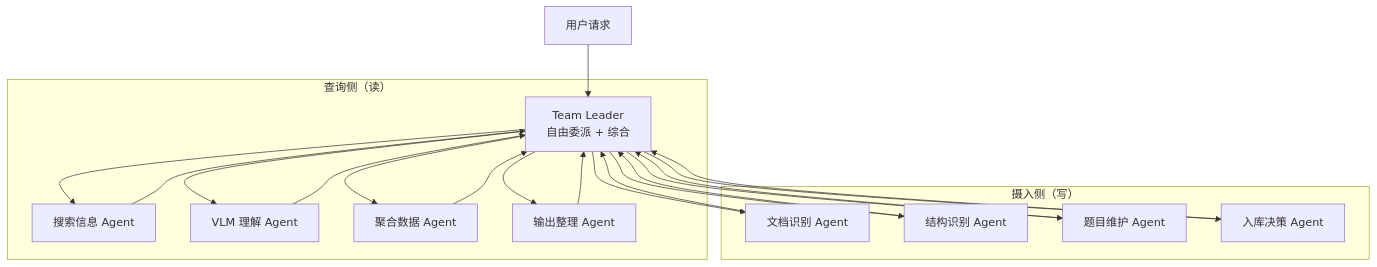
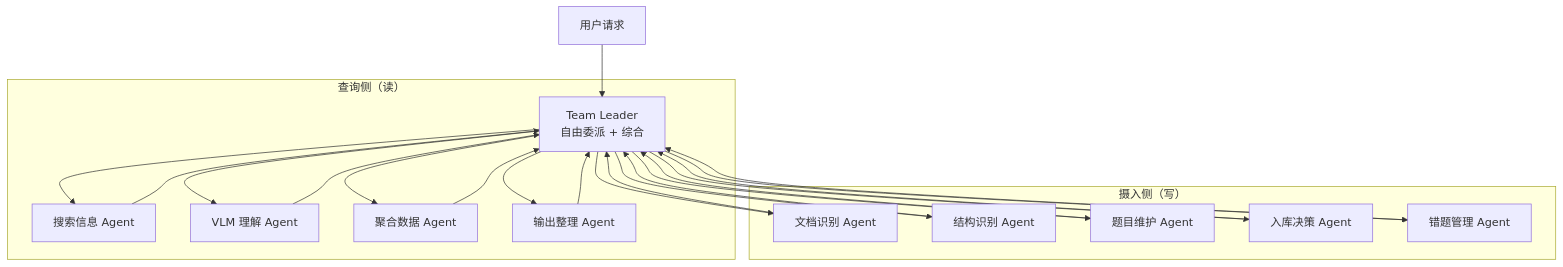
Before and after one commit to ttzc/gaokao_rag: the second of 3 diagrams in docs/agent/README.md, drawn with Mermaid. The commit also changed other lines of this file and 12 other files, not shown here.

````diff
--- a/docs/agent/README.md
+++ b/docs/agent/README.md
@@ -70,27 +70,29 @@
 ```mermaid
 flowchart TD
     U[用户请求] --> L[Team Leader<br/>自由委派 + 综合]
 
     subgraph "查询侧（读）"
         L --> A1[搜索信息 Agent]
         L --> A2[VLM 理解 Agent]
         L --> A3[聚合数据 Agent]
         L --> A4[输出整理 Agent]
     end
 
     subgraph "摄入侧（写）"
         L --> B1[文档识别 Agent]
         L --> B2[结构识别 Agent]
         L --> B3[题目维护 Agent]
         L --> B4[入库决策 Agent]
+        L --> B5[错题管理 Agent]
     end
 
     A1 --> L
     A2 --> L
     A3 --> L
     A4 --> L
     B1 --> L
     B2 --> L
     B3 --> L
     B4 --> L
+    B5 --> L
 ```
````
